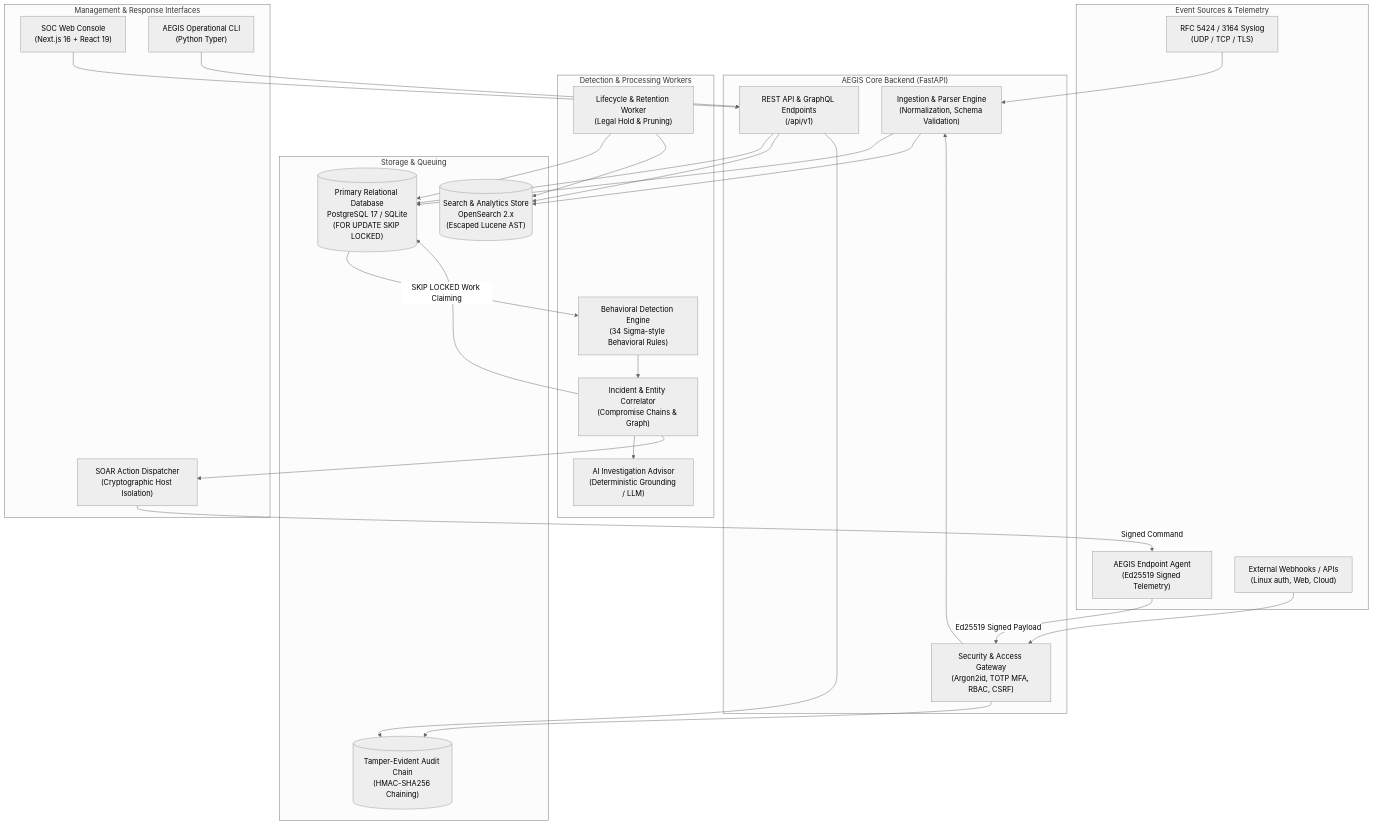
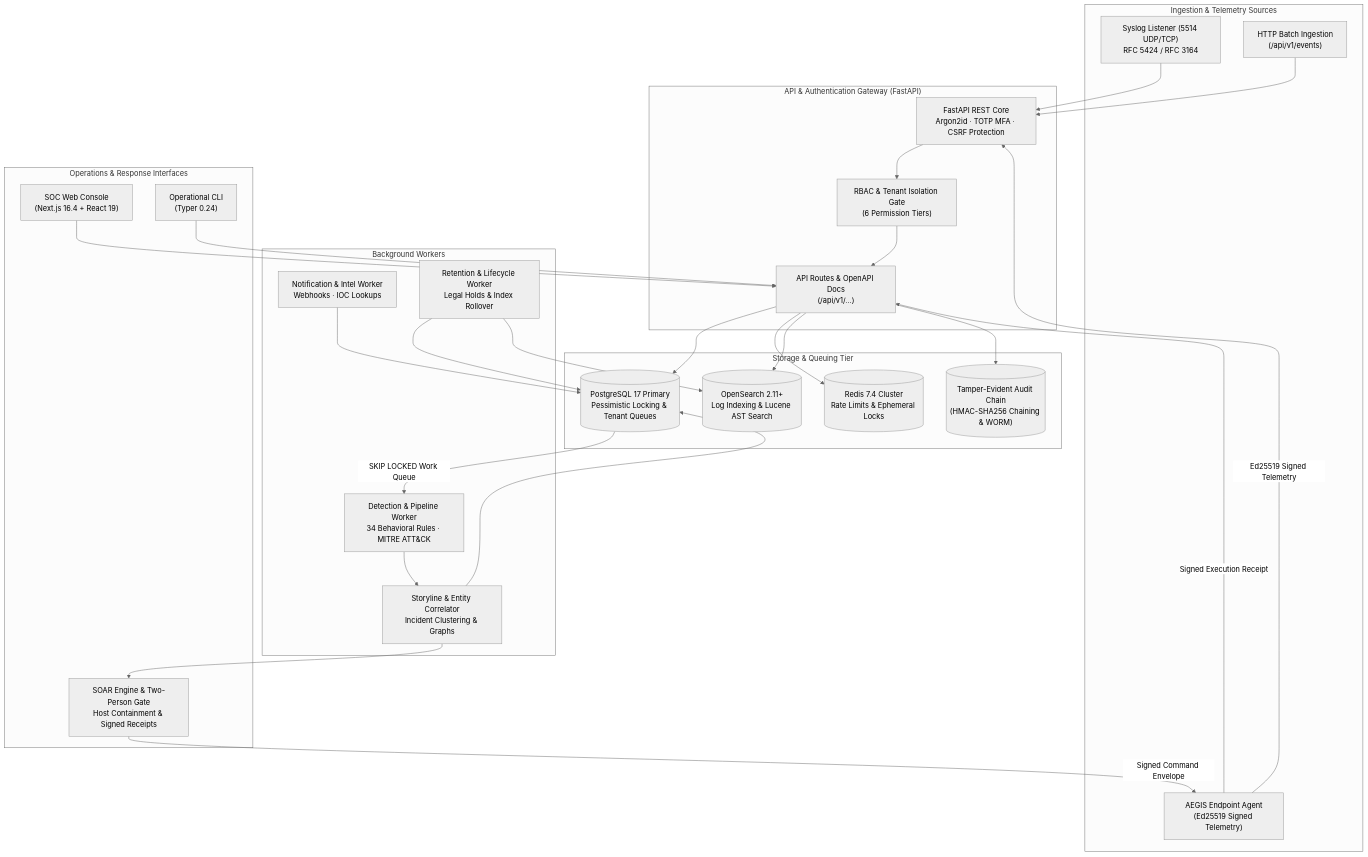
The diagram in README.md (aaryx/AEGIS), drawn with Mermaid (neutral theme) before and after one commit. The commit also changed other lines of this file and 6 other files, not shown here.

Commit message:
docs(readme): overhaul documentation with architecture and honest status matrix

````diff
--- a/README.md
+++ b/README.md
@@ -110,58 +95,57 @@
 ```mermaid
 flowchart TB
-    subgraph Sources["Event Sources & Telemetry"]
-        syslog["RFC 5424 / 3164 Syslog<br/>(UDP / TCP / TLS)"]
+    subgraph IngestionPlane["Ingestion & Telemetry Sources"]
+        syslog["Syslog Listener (5514 UDP/TCP)<br/>RFC 5424 / RFC 3164"]
         agent["AEGIS Endpoint Agent<br/>(Ed25519 Signed Telemetry)"]
-        api_in["External Webhooks / APIs<br/>(Linux auth, Web, Cloud)"]
+        api_in["HTTP Batch Ingestion<br/>(/api/v1/events)"]
     end
 
-    subgraph Core["AEGIS Core Backend (FastAPI)"]
-        ingest["Ingestion & Parser Engine<br/>(Normalization, Schema Validation)"]
-        auth["Security & Access Gateway<br/>(Argon2id, TOTP MFA, RBAC, CSRF)"]
-        api["REST API & GraphQL Endpoints<br/>(/api/v1)"]
+    subgraph ControlPlane["API & Authentication Gateway (FastAPI)"]
+        gateway["FastAPI REST Core<br/>Argon2id · TOTP MFA · CSRF Protection"]
+        rbac["RBAC & Tenant Isolation Gate<br/>(6 Permission Tiers)"]
+        router["API Routes & OpenAPI Docs<br/>(/api/v1/...)"]
     end
 
-    subgraph DataPlane["Storage & Queuing"]
-        db[("Primary Relational Database<br/>PostgreSQL 17 / SQLite<br/>(FOR UPDATE SKIP LOCKED)")]
-        search[("Search & Analytics Store<br/>OpenSearch 2.x<br/>(Escaped Lucene AST)")]
-        audit_trail[("Tamper-Evident Audit Chain<br/>(HMAC-SHA256 Chaining)")]
+    subgraph DataPlane["Storage & Queuing Tier"]
+        pg[("PostgreSQL 17 Primary<br/>Pessimistic Locking & Tenant Queues")]
+        redis[("Redis 7.4 Cluster<br/>Rate Limits & Ephemeral Locks")]
+        opensearch[("OpenSearch 2.11+<br/>Log Indexing & Lucene AST Search")]
+        audit_chain[("Tamper-Evident Audit Chain<br/>(HMAC-SHA256 Chaining & WORM)")]
     end
 
-    subgraph Workers["Detection & Processing Workers"]
-        detector["Behavioral Detection Engine<br/>(34 Sigma-style Behavioral Rules)"]
-        correlator["Incident & Entity Correlator<br/>(Compromise Chains & Graph)"]
-        ai_engine["AI Investigation Advisor<br/>(Deterministic Grounding / LLM)"]
-        retention["Lifecycle & Retention Worker<br/>(Legal Hold & Pruning)"]
+    subgraph WorkerPlane["Background Workers"]
+        worker["Detection & Pipeline Worker<br/>34 Behavioral Rules · MITRE ATT&CK"]
+        correlator["Storyline & Entity Correlator<br/>Incident Clustering & Graphs"]
+        notif["Notification & Intel Worker<br/>Webhooks · IOC Lookups"]
+        retention["Retention & Lifecycle Worker<br/>Legal Holds & Index Rollover"]
     end
 
-    subgraph Operations["Management & Response Interfaces"]
-        web["SOC Web Console<br/>(Next.js 16 + React 19)"]
-        cli["AEGIS Operational CLI<br/>(Python Typer)"]
-        soar["SOAR Action Dispatcher<br/>(Cryptographic Host Isolation)"]
+    subgraph OperationsPlane["Operations & Response Interfaces"]
+        web["SOC Web Console<br/>(Next.js 16.4 + React 19)"]
+        cli["Operational CLI<br/>(Typer 0.24)"]
+        soar["SOAR Engine & Two-Person Gate<br/>Host Containment & Signed Receipts"]
     end
 
-    syslog --> ingest
-    agent -->|Ed25519 Signed Payload| auth
-    auth --> ingest
-    api_in --> auth
+    syslog --> gateway
+    agent -->|Ed25519 Signed Telemetry| gateway
+    api_in --> gateway
+    gateway --> rbac --> router
+    router --> pg
+    router --> redis
+    router --> opensearch
+    router --> audit_chain
 
-    ingest --> db
-    ingest --> search
-    auth --> audit_trail
+    pg -->|SKIP LOCKED Work Queue| worker
+    worker --> correlator
+    correlator --> pg
+    correlator --> soar
+    soar -->|Signed Command Envelope| agent
+    agent -->|Signed Execution Receipt| router
 
-    db -->|SKIP LOCKED Work Claiming| detector
-    detector --> correlator
-    correlator --> db
-    correlator --> ai_engine
+    notif --> pg
+    retention --> pg
+    retention --> opensearch
 
-    api --> db
-    api --> search
-    api --> audit_trail
-
-    web --> api
-    cli --> api
-    correlator --> soar
-    soar -->|Signed Command| agent
-    retention --> db
-    retention --> search
+    web --> router
+    cli --> router
 ```
````
